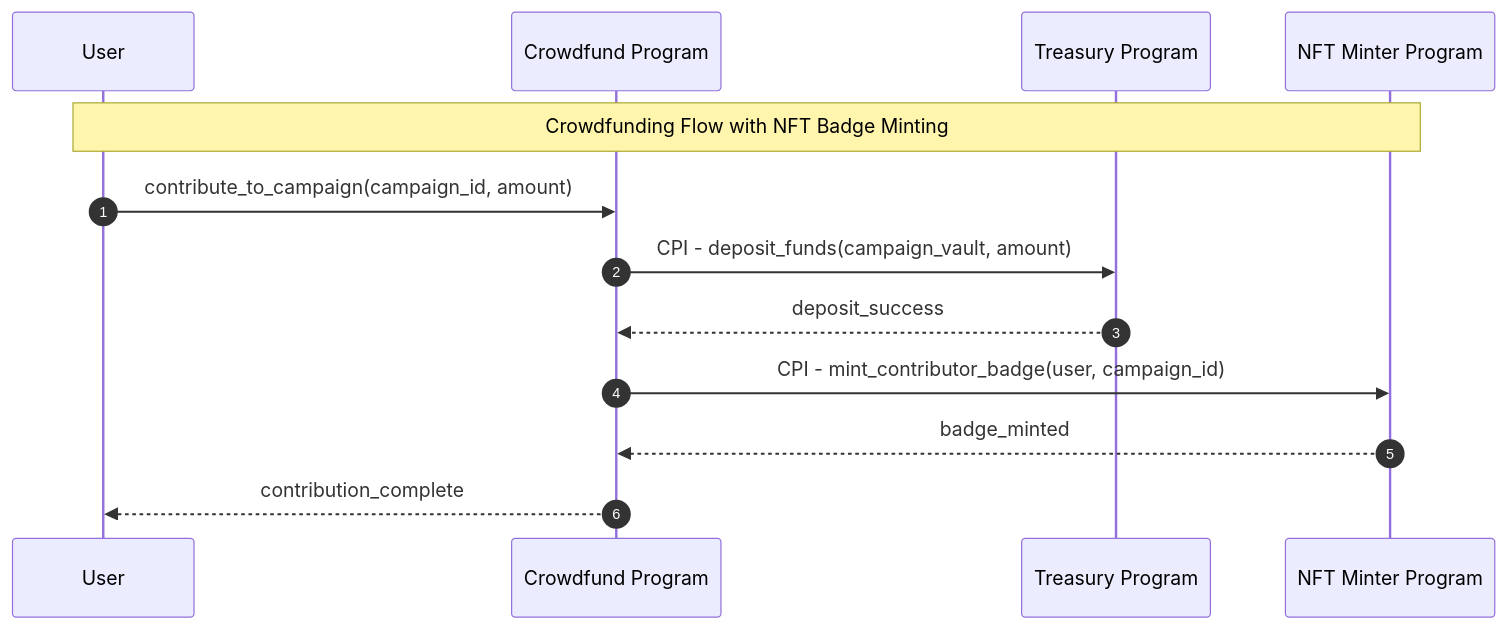
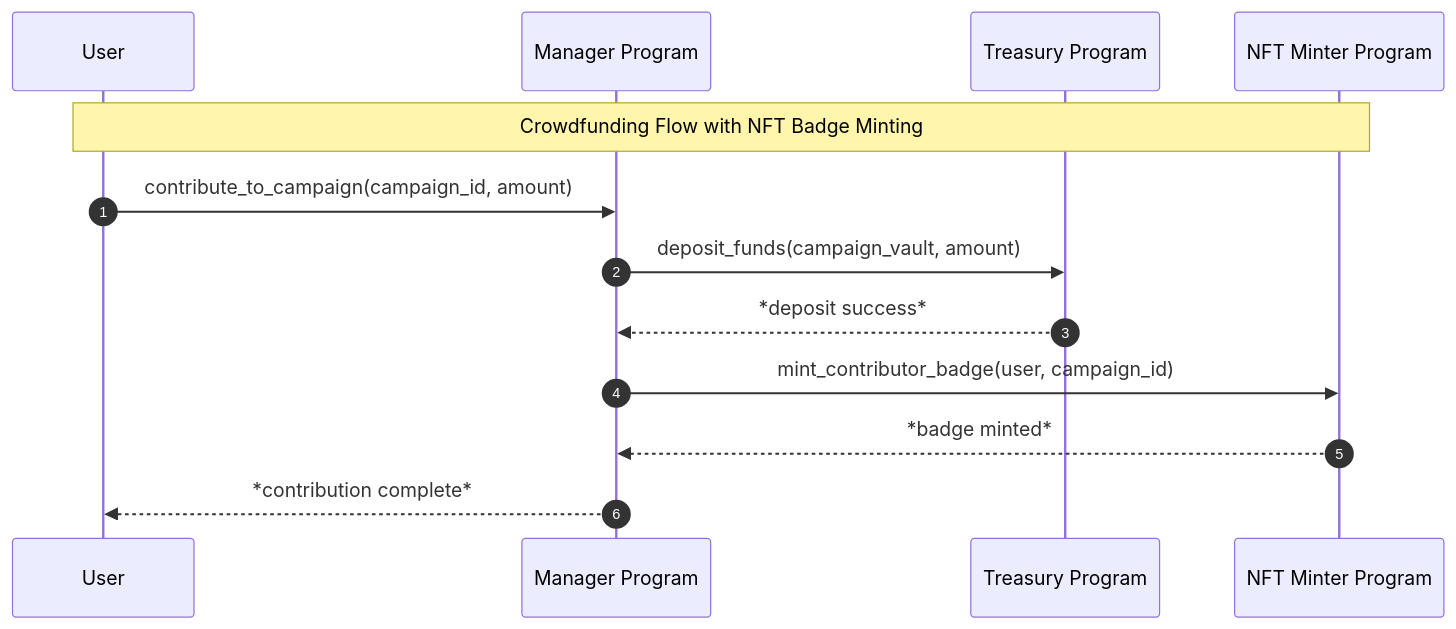
Before and after one commit to yparf/seer-demo: the first of 2 diagrams in README.md, drawn with Mermaid. The commit also changed other lines of this file, not shown here.

Commit message:
chore(README): add a diagram for setup flow

````diff
--- a/README.md
+++ b/README.md
@@ -3,17 +3,17 @@
 ```mermaid
 sequenceDiagram
     autonumber
     participant User as User
-    participant Crowdfund as Crowdfund Program
+    participant Manager as Manager Program
     participant Treasury as Treasury Program
     participant NFT as NFT Minter Program
 
     Note over User,NFT: Crowdfunding Flow with NFT Badge Minting
 
-    User->>Crowdfund: contribute_to_campaign(campaign_id, amount)
-    Crowdfund->>Treasury: CPI - deposit_funds(campaign_vault, amount)
-    Treasury-->>Crowdfund: deposit_success
-    Crowdfund->>NFT: CPI - mint_contributor_badge(user, campaign_id)
-    NFT-->>Crowdfund: badge_minted
-    Crowdfund-->>User: contribution_complete
+    User->>Manager: contribute_to_campaign(campaign_id, amount)
+    Manager->>Treasury: deposit_funds(campaign_vault, amount)
+    Treasury-->>Manager: *deposit success*
+    Manager->>NFT: mint_contributor_badge(user, campaign_id)
+    NFT-->>Manager: *badge minted*
+    Manager-->>User: *contribution complete*
 ```
````
